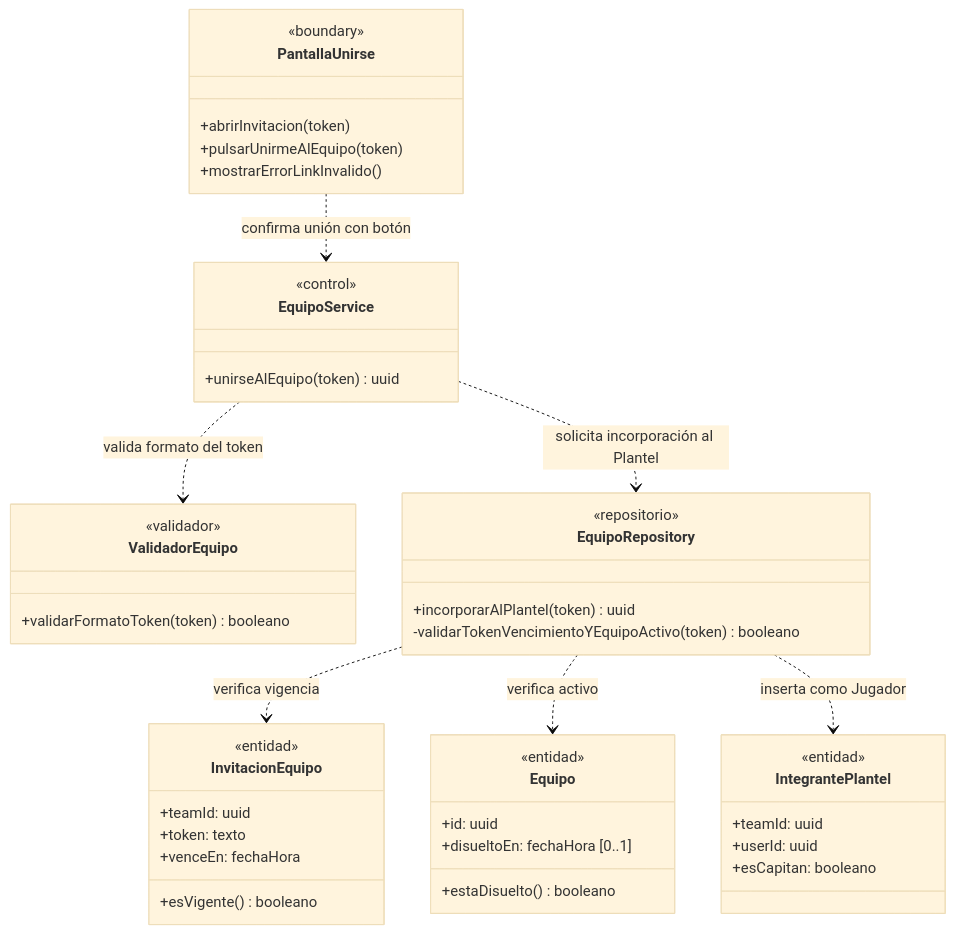
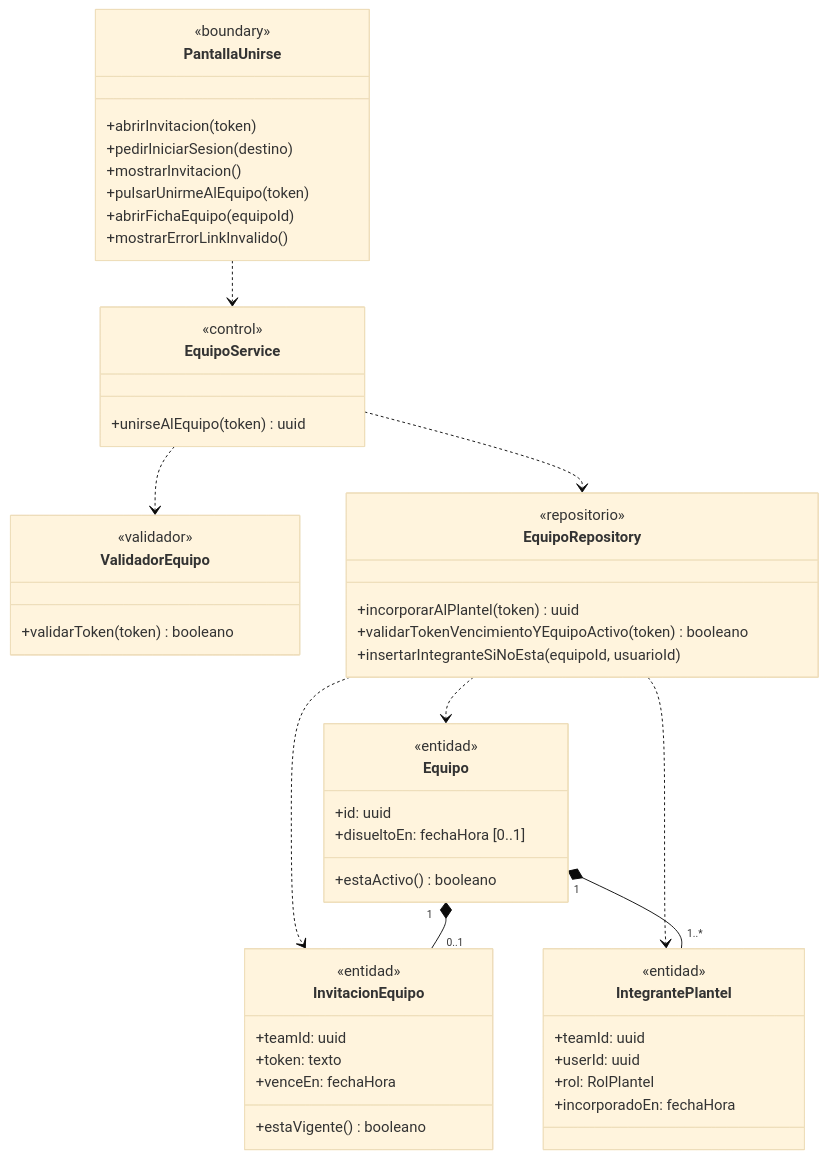
The fourth of 11 diagrams in docs/diagramas-de-clase/equipos.md (nicqletal/torneos-scraper), drawn with Mermaid (base theme) before and after one commit. The commit also changed other lines of this file and 13 other files, not shown here.

````diff
--- a/docs/diagramas-de-clase/equipos.md
+++ b/docs/diagramas-de-clase/equipos.md
@@ -266,48 +313,54 @@
 ```mermaid
 classDiagram
-direction TB
 class PantallaUnirse {
   <<boundary>>
   +abrirInvitacion(token)
+  +pedirIniciarSesion(destino)
+  +mostrarInvitacion()
   +pulsarUnirmeAlEquipo(token)
+  +abrirFichaEquipo(equipoId)
   +mostrarErrorLinkInvalido()
 }
 class EquipoService {
   <<control>>
   +unirseAlEquipo(token) uuid
 }
 class ValidadorEquipo {
   <<validador>>
-  +validarFormatoToken(token) booleano
+  +validarToken(token) booleano
 }
 class EquipoRepository {
   <<repositorio>>
   +incorporarAlPlantel(token) uuid
-  -validarTokenVencimientoYEquipoActivo(token) booleano
+  +validarTokenVencimientoYEquipoActivo(token) booleano
+  +insertarIntegranteSiNoEsta(equipoId, usuarioId)
 }
 class InvitacionEquipo {
   <<entidad>>
   +teamId: uuid
   +token: texto
   +venceEn: fechaHora
-  +esVigente() booleano
+  +estaVigente() booleano
+}
+class IntegrantePlantel {
+  <<entidad>>
+  +teamId: uuid
+  +userId: uuid
+  +rol: RolPlantel
+  +incorporadoEn: fechaHora
 }
 class Equipo {
   <<entidad>>
   +id: uuid
   +disueltoEn: fechaHora [0..1]
-  +estaDisuelto() booleano
+  +estaActivo() booleano
 }
-class IntegrantePlantel {
-  <<entidad>>
-  +teamId: uuid
-  +userId: uuid
-  +esCapitan: booleano
-}
-PantallaUnirse ..> EquipoService : confirma unión con botón
-EquipoService ..> ValidadorEquipo : valida formato del token
-EquipoService ..> EquipoRepository : solicita incorporación al Plantel
-EquipoRepository ..> InvitacionEquipo : verifica vigencia
-EquipoRepository ..> Equipo : verifica activo
-EquipoRepository ..> IntegrantePlantel : inserta como Jugador
+PantallaUnirse ..> EquipoService
+EquipoService ..> ValidadorEquipo
+EquipoService ..> EquipoRepository
+EquipoRepository ..> InvitacionEquipo
+EquipoRepository ..> IntegrantePlantel
+EquipoRepository ..> Equipo
+Equipo "1" *-- "1..*" IntegrantePlantel
+Equipo "1" *-- "0..1" InvitacionEquipo
 ```
````
